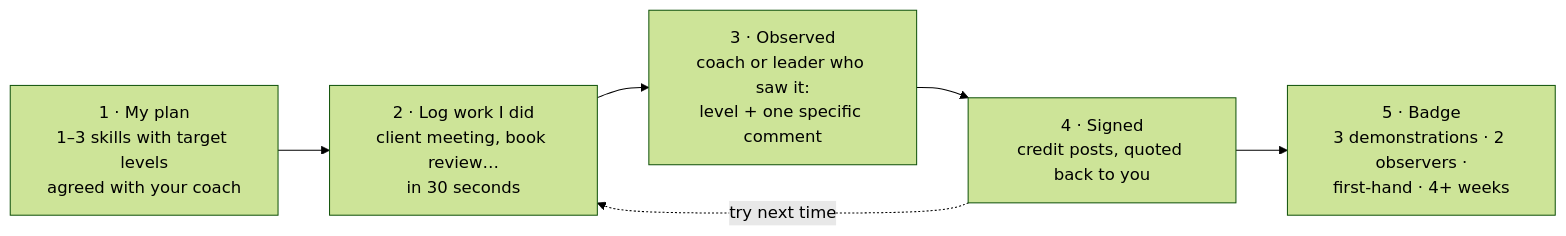
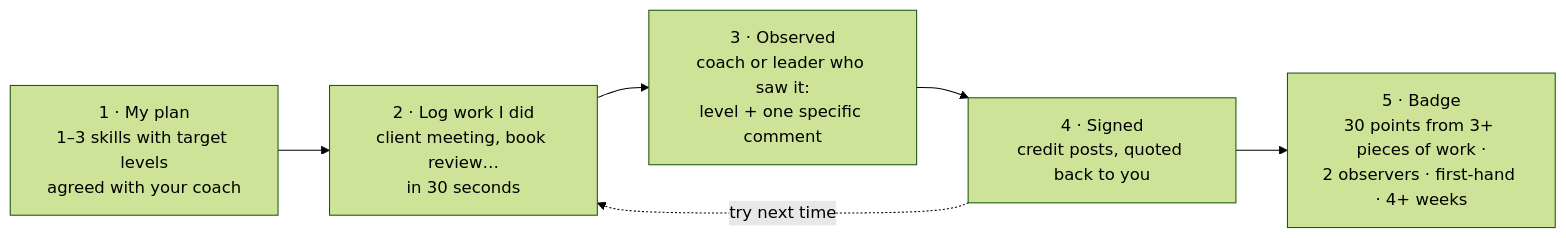
The second of 3 diagrams in docs/product/overview.md (brandonbryant12/project-x), drawn with Mermaid (forest theme) before and after one commit. The commit also changed other lines of this file and 2 other files, not shown here.

````diff
--- a/docs/product/overview.md
+++ b/docs/product/overview.md
@@ -53,10 +56,10 @@
 ```mermaid
 flowchart LR
   plan["1 · My plan<br/>1–3 skills with target levels<br/>agreed with your coach"]
   work["2 · Log work I did<br/>client meeting, book review…<br/>in 30 seconds"]
   observe["3 · Observed<br/>coach or leader who saw it:<br/>level + one specific comment"]
   sign["4 · Signed<br/>credit posts, quoted back to you"]
-  badge["5 · Badge<br/>3 demonstrations · 2 observers ·<br/>first-hand · 4+ weeks"]
+  badge["5 · Badge<br/>30 points from 3+ pieces of work ·<br/>2 observers · first-hand · 4+ weeks"]
   plan --> work --> observe --> sign --> badge
   sign -. "try next time" .-> work
 ```
````
